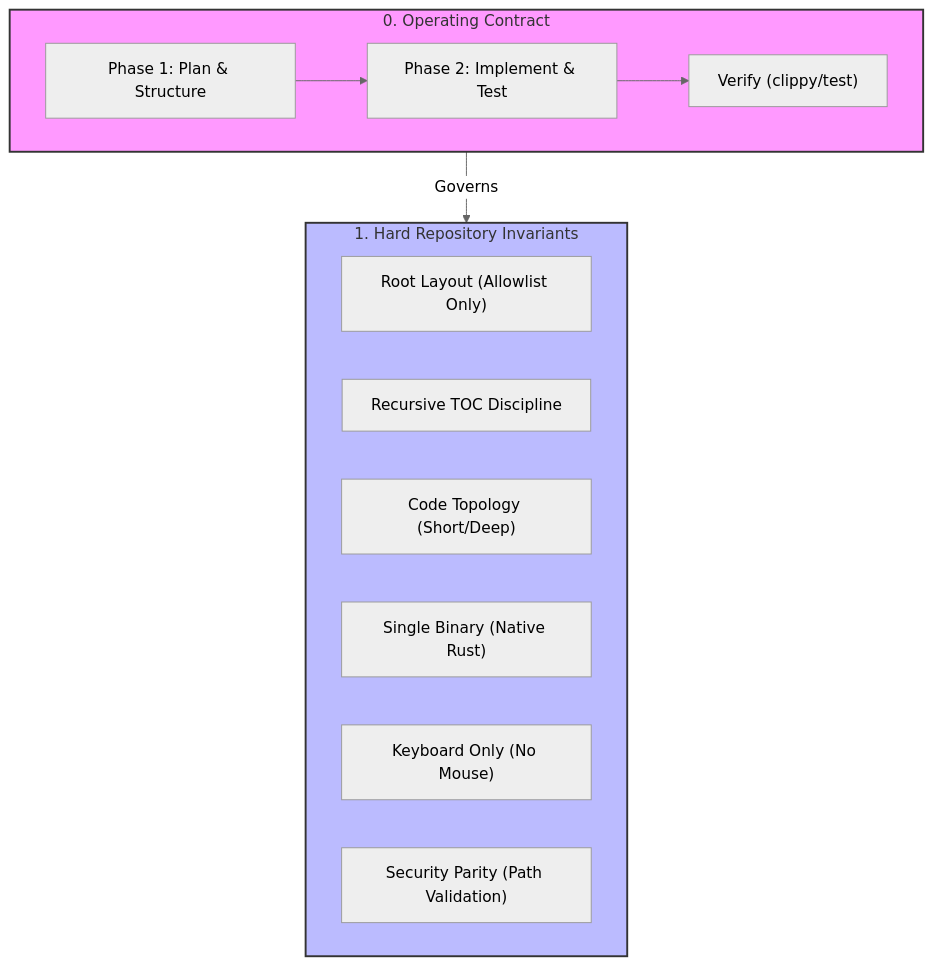
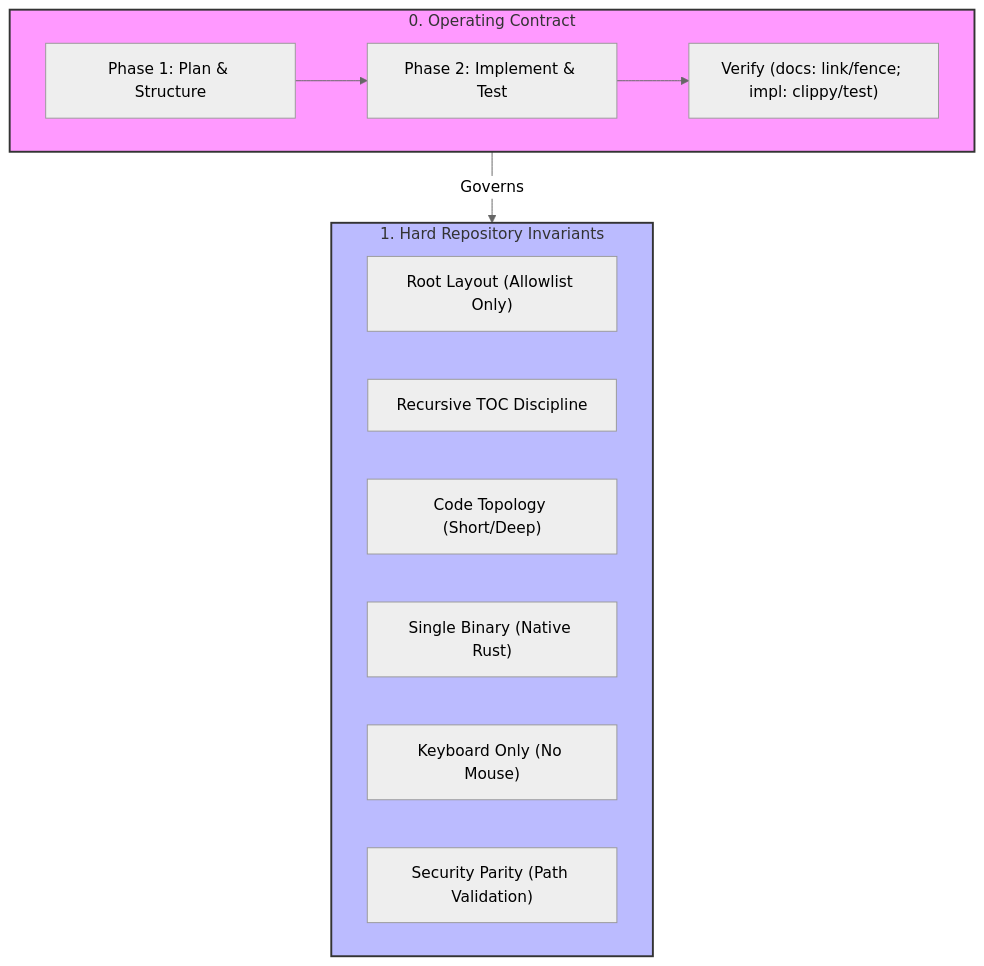
Before and after one commit to lkjsxc/kjxlkj: the diagram in docs/policy/INSTRUCT.md, drawn with Mermaid (neutral theme). The commit also changed 6 other files, not shown here.

````diff
--- a/docs/policy/INSTRUCT.md
+++ b/docs/policy/INSTRUCT.md
@@ -6,24 +6,24 @@
 ```mermaid
 graph TD
     subgraph Contract ["0. Operating Contract"]
         P1["Phase 1: Plan & Structure"] --> P2["Phase 2: Implement & Test"]
-        P2 --> V1["Verify (clippy/test)"]
+        P2 --> V1["Verify (docs: link/fence; impl: clippy/test)"]
     end
 
     subgraph Invariants ["1. Hard Repository Invariants"]
         direction LR
         Root["Root Layout (Allowlist Only)"]
         TOC["Recursive TOC Discipline"]
         Code["Code Topology (Short/Deep)"]
         Runtime["Single Binary (Native Rust)"]
         Input["Keyboard Only (No Mouse)"]
         Security["Security Parity (Path Validation)"]
     end
 
     Contract -->|Governs| Invariants
 
     %% Relationship constraints
     style Contract fill:#f9f,stroke:#333,stroke-width:2px
     style Invariants fill:#bbf,stroke:#333,stroke-width:2px
 
 ```
````
